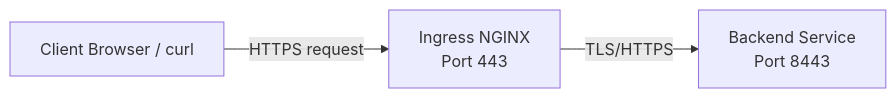
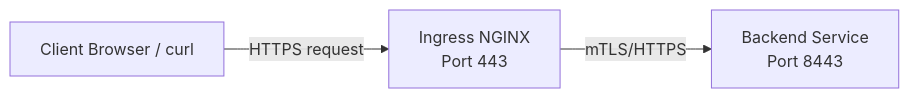
One commit to xpliz/tronius changed the diagram in README.md. Above: the diagram before and after it, drawn with Mermaid. The commit also changed other lines of this file, not shown here.

````diff
--- a/README.md
+++ b/README.md
@@ -86,9 +85,9 @@
 ```mermaid
 flowchart LR
     Client[Client Browser / curl]
     Ingress[Ingress NGINX<br>Port 443]
     Backend[Backend Service<br>Port 8443]
 
     Client -->|HTTPS request| Ingress
-    Ingress -->|TLS/HTTPS| Backend
+    Ingress -->|mTLS/HTTPS| Backend
 ```
````
